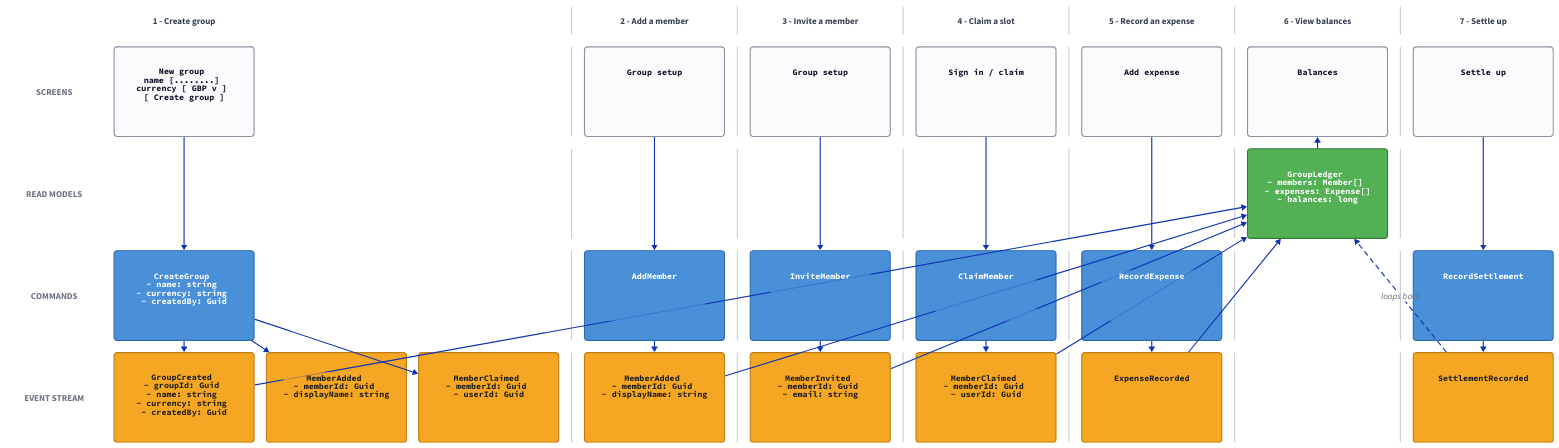
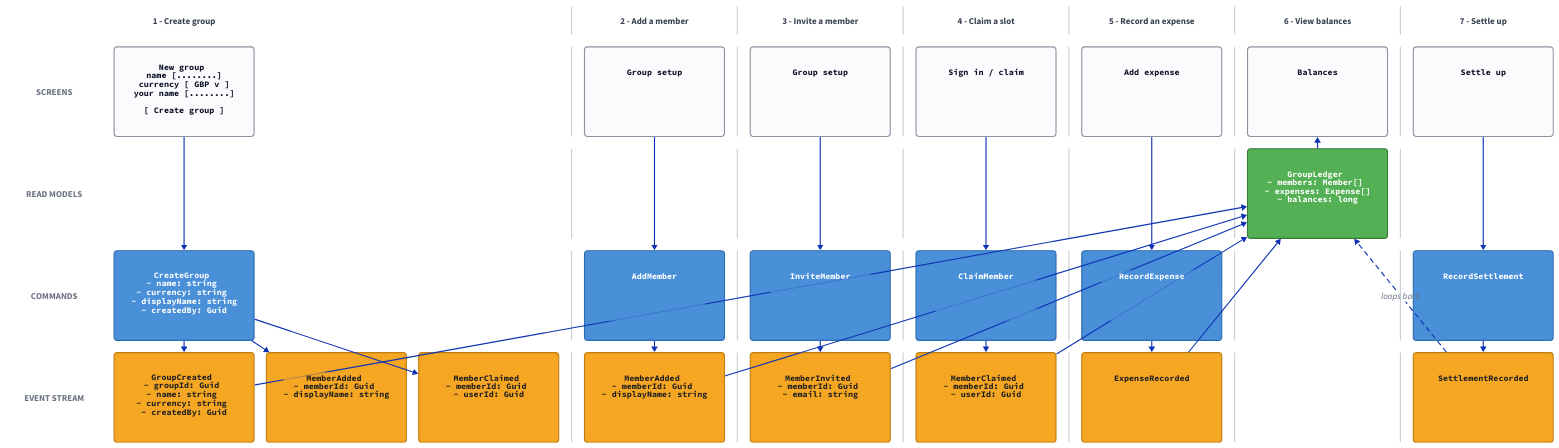
The diagram in docs/event-model/happy-path.d2 (MartinFaartoft/share-expenses), drawn with D2 before and after one commit. The commit also changed 25 other files, not shown here.

```diff
--- a/docs/event-model/happy-path.d2
+++ b/docs/event-model/happy-path.d2
@@ -1,158 +1,158 @@
 # GENERATED from event-model.yaml by generate.py - do not edit.
 #
 # Rows: 1 slice names, 2 SCREENS, 3 READ MODELS, 4 COMMANDS, 5 EVENT STREAM.
 # Read models sit by the screens they feed and commands by the events they emit,
 # so the arrow for either pattern is only ever one row long.
 # Column 1 holds lane labels, slices are separated by a 2px divider column, and
 # every other column is one event slot: time runs left to right.
 
 grid-rows: 5
 horizontal-gap: 22
 vertical-gap: 22
 
 classes: {
   lanelabel: {
     width: 170; height: 160
     style: { fill: transparent; stroke-width: 0; font-color: "#6b7280"; bold: true }
   }
   slicename: {
     width: 250; height: 50
     style: { fill: transparent; stroke-width: 0; font-color: "#374151"; bold: true }
   }
   lgapN: { width: 170;    height: 50;  style: { opacity: 0 } }
   gapN:  { width: 250; height: 50;  style: { opacity: 0 } }
   divN:  { width: 2;      height: 50;  style: { fill: "#c9ced8"; stroke-width: 0 } }
   div:   { width: 2;      height: 160; style: { fill: "#c9ced8"; stroke-width: 0 } }
   gap:   { width: 250; height: 160; style: { opacity: 0 } }
   screen: {
     width: 250; height: 160
     style: { font: mono; font-size: 15; fill: "#fbfbfd"; stroke: "#8c93a0"; stroke-width: 2; border-radius: 6 }
   }
   command: {
     width: 250; height: 160
     style: { font: mono; font-size: 15; fill: "#4a90d9"; stroke: "#2b6cb0"; font-color: "#ffffff"; border-radius: 6 }
   }
   event: {
     width: 250; height: 160
     style: { font: mono; font-size: 15; fill: "#f5a623"; stroke: "#c07d12"; font-color: "#1f1f1f"; border-radius: 6 }
   }
   view: {
     width: 250; height: 160
     style: { font: mono; font-size: 15; fill: "#54b054"; stroke: "#357935"; font-color: "#ffffff"; border-radius: 6 }
   }
 }
 
 # ===== row 1: slice names =====
 q0: "" { class: lgapN }
 n0: "1 - Create group                        " { class: slicename }
 gpN0_1: "" { class: gapN }
 gpN0_2: "" { class: gapN }
 dvN1: "" { class: divN }
 n1: "2 - Add a member                        " { class: slicename }
 dvN2: "" { class: divN }
 n2: "3 - Invite a member                     " { class: slicename }
 dvN3: "" { class: divN }
 n3: "4 - Claim a slot                        " { class: slicename }
 dvN4: "" { class: divN }
 n4: "5 - Record an expense                   " { class: slicename }
 dvN5: "" { class: divN }
 n5: "6 - View balances                       " { class: slicename }
 dvN6: "" { class: divN }
 n6: "7 - Settle up                           " { class: slicename }
 
 # ===== row 2: screens =====
 l2: "SCREENS" { class: lanelabel }
-s0: "New group            \n                     \nname      [........] \ncurrency  [ GBP  v ] \n                     \n  [ Create group ]   " { class: screen }
+s0: "New group            \n                     \nname       [........]\ncurrency   [ GBP  v ]\nyour name  [........]\n                     \n  [ Create group ]   " { class: screen }
 gp2_0_1: "" { class: gap }
 gp2_0_2: "" { class: gap }
 dv2_1: "" { class: div }
 s1: "Group setup          \n                     \n                     \n                     \n                     \n                     " { class: screen }
 dv2_2: "" { class: div }
 s2: "Group setup          \n                     \n                     \n                     \n                     \n                     " { class: screen }
 dv2_3: "" { class: div }
 s3: "Sign in / claim      \n                     \n                     \n                     \n                     \n                     " { class: screen }
 dv2_4: "" { class: div }
 s4: "Add expense          \n                     \n                     \n                     \n                     \n                     " { class: screen }
 dv2_5: "" { class: div }
 s5: "Balances             \n                     \n                     \n                     \n                     \n                     " { class: screen }
 dv2_6: "" { class: div }
 s6: "Settle up            \n                     \n                     \n                     \n                     \n                     " { class: screen }
 
 # ===== row 3: read models =====
 l3: "READ MODELS" { class: lanelabel }
 gp3_0: "" { class: gap }
 gp3_0_1: "" { class: gap }
 gp3_0_2: "" { class: gap }
 dv3_1: "" { class: div }
 gp3_1: "" { class: gap }
 dv3_2: "" { class: div }
 gp3_2: "" { class: gap }
 dv3_3: "" { class: div }
 gp3_3: "" { class: gap }
 dv3_4: "" { class: div }
 gp3_4: "" { class: gap }
 dv3_5: "" { class: div }
 rm5: "GroupLedger          \n                     \n- members: Member[]  \n- expenses: Expense[]\n- balances: long     \n                     " { class: view }
 dv3_6: "" { class: div }
 gp3_6: "" { class: gap }
 
 # ===== row 4: commands =====
 l4: "COMMANDS" { class: lanelabel }
-c0: "CreateGroup          \n                     \n- name: string       \n- currency: string   \n- createdBy: Guid    \n                     " { class: command }
+c0: "CreateGroup          \n                     \n- name: string       \n- currency: string   \n- displayName: string\n- createdBy: Guid    " { class: command }
 gp4_0_1: "" { class: gap }
 gp4_0_2: "" { class: gap }
 dv4_1: "" { class: div }
 c1: "AddMember            \n                     \n                     \n                     \n                     \n                     " { class: command }
 dv4_2: "" { class: div }
 c2: "InviteMember         \n                     \n                     \n                     \n                     \n                     " { class: command }
 dv4_3: "" { class: div }
 c3: "ClaimMember          \n                     \n                     \n                     \n                     \n                     " { class: command }
 dv4_4: "" { class: div }
 c4: "RecordExpense        \n                     \n                     \n                     \n                     \n                     " { class: command }
 dv4_5: "" { class: div }
 gp4_5: "" { class: gap }
 dv4_6: "" { class: div }
 c6: "RecordSettlement     \n                     \n                     \n                     \n                     \n                     " { class: command }
 
 # ===== row 5: event stream =====
 l5: "EVENT STREAM" { class: lanelabel }
 e0_0: "GroupCreated         \n                     \n- groupId: Guid      \n- name: string       \n- currency: string   \n- createdBy: Guid    " { class: event }
 e0_1: "MemberAdded          \n                     \n- memberId: Guid     \n- displayName: string\n                     \n                     " { class: event }
 e0_2: "MemberClaimed        \n                     \n- memberId: Guid     \n- userId: Guid       \n                     \n                     " { class: event }
 dv5_1: "" { class: div }
 e1_0: "MemberAdded          \n                     \n- memberId: Guid     \n- displayName: string\n                     \n                     " { class: event }
 dv5_2: "" { class: div }
 e2_0: "MemberInvited        \n                     \n- memberId: Guid     \n- email: string      \n                     \n                     " { class: event }
 dv5_3: "" { class: div }
 e3_0: "MemberClaimed        \n                     \n- memberId: Guid     \n- userId: Guid       \n                     \n                     " { class: event }
 dv5_4: "" { class: div }
 e4_0: "ExpenseRecorded      \n                     \n                     \n                     \n                     \n                     " { class: event }
 dv5_5: "" { class: div }
 gp5_5: "" { class: gap }
 dv5_6: "" { class: div }
 e6_0: "SettlementRecorded   \n                     \n                     \n                     \n                     \n                     " { class: event }
 
 # --- State Change slices: screen -> command -> event(s)
 s0 -> c0
 c0 -> e0_0
 c0 -> e0_1
 c0 -> e0_2
 s1 -> c1
 c1 -> e1_0
 s2 -> c2
 c2 -> e2_0
 s3 -> c3
 c3 -> e3_0
 s4 -> c4
 c4 -> e4_0
 s6 -> c6
 c6 -> e6_0
 
 # --- State Read slices: events -> read model -> screen
 e0_0 -> rm5
 e1_0 -> rm5
 e2_0 -> rm5
 e3_0 -> rm5
 e4_0 -> rm5
 e6_0 -> rm5: "loops back" { style.stroke-dash: 4 }
 rm5 -> s5
```
